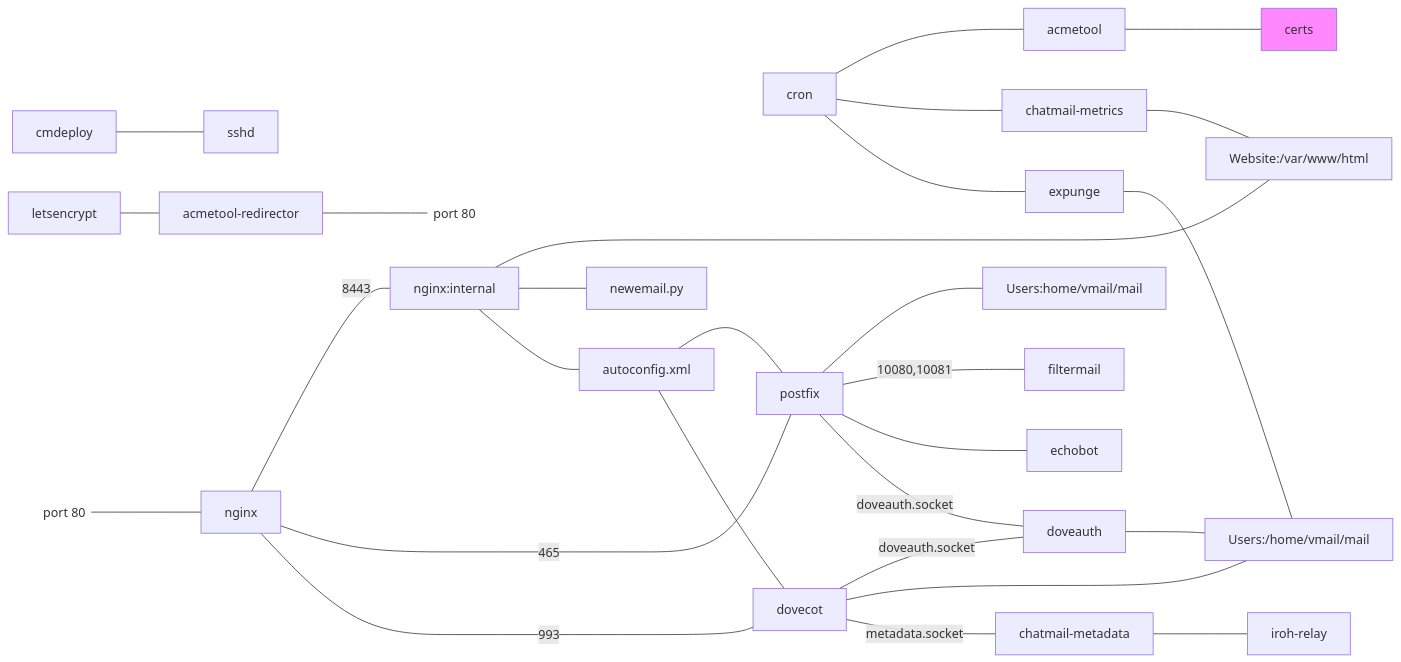
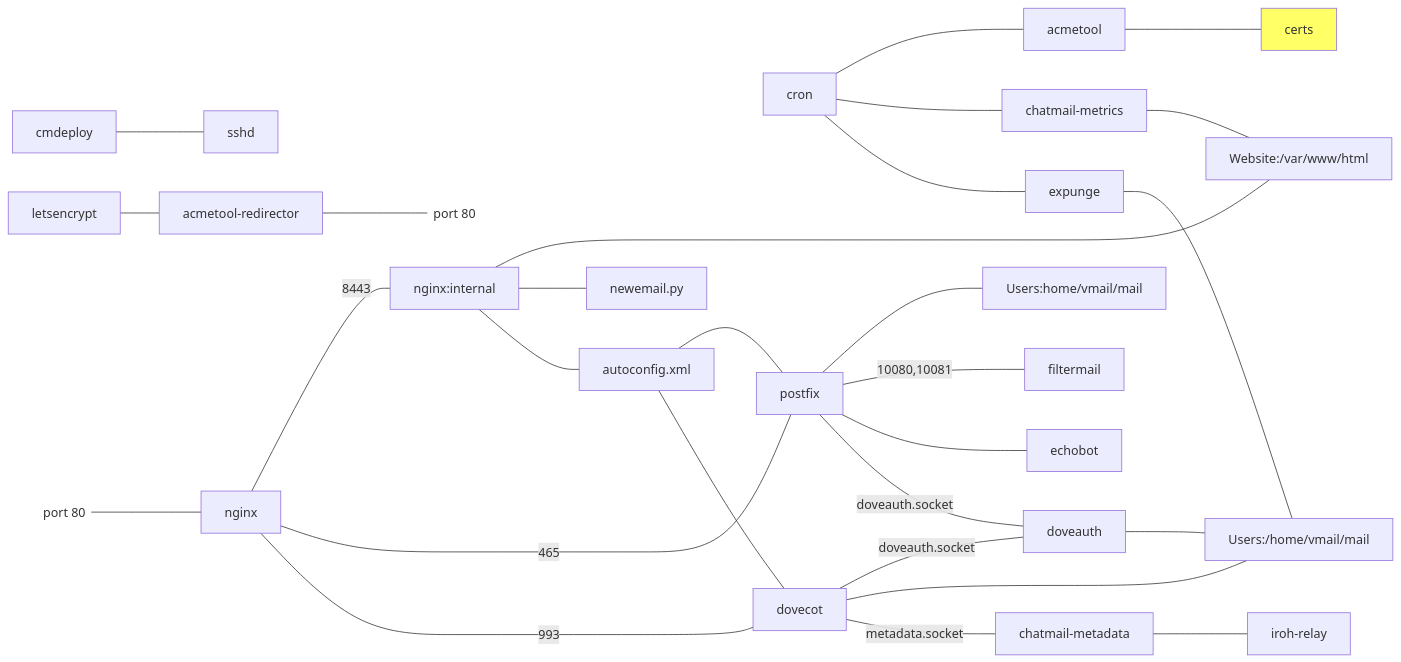
Before and after one commit to cliffmccarthy/chatmail-relay: the diagram in ARCHITECTURE.md, drawn with Mermaid.

Commit message:
Adjust color

````diff
--- a/ARCHITECTURE.md
+++ b/ARCHITECTURE.md
@@ -4,31 +4,31 @@
 ```mermaid
 graph LR;
     cmdeploy --- sshd;
     letsencrypt --- acmetool-redirector;
     acmetool-redirector --- port80r@{ shape: text, label: "port 80" };
     port80l@{ shape: text, label: "port 80" } --- nginx;
     nginx --- |8443|nginx:internal;
     nginx:internal --- Website:/var/www/html;
     nginx:internal --- newemail.py;
     nginx:internal --- autoconfig.xml;
     cron --- acmetool;
     cron --- chatmail-metrics;
     cron --- expunge;
     chatmail-metrics --- Website:/var/www/html;
     acmetool --- certs;
     nginx --- |465|postfix;
     nginx --- |993|dovecot;
     autoconfig.xml --- postfix;
     autoconfig.xml --- dovecot;
     postfix --- Users:home/vmail/mail;
     postfix --- |10080,10081|filtermail;
     postfix --- echobot;
     postfix --- |doveauth.socket|doveauth;
     dovecot --- |doveauth.socket|doveauth;
     dovecot --- Users:/home/vmail/mail;
     dovecot --- |metadata.socket|chatmail-metadata;
     doveauth --- Users:/home/vmail/mail;
     expunge --- Users:/home/vmail/mail;
     chatmail-metadata --- iroh-relay;
-    style certs fill:#f8f;
+    style certs fill:#ff6;
 ```
````
